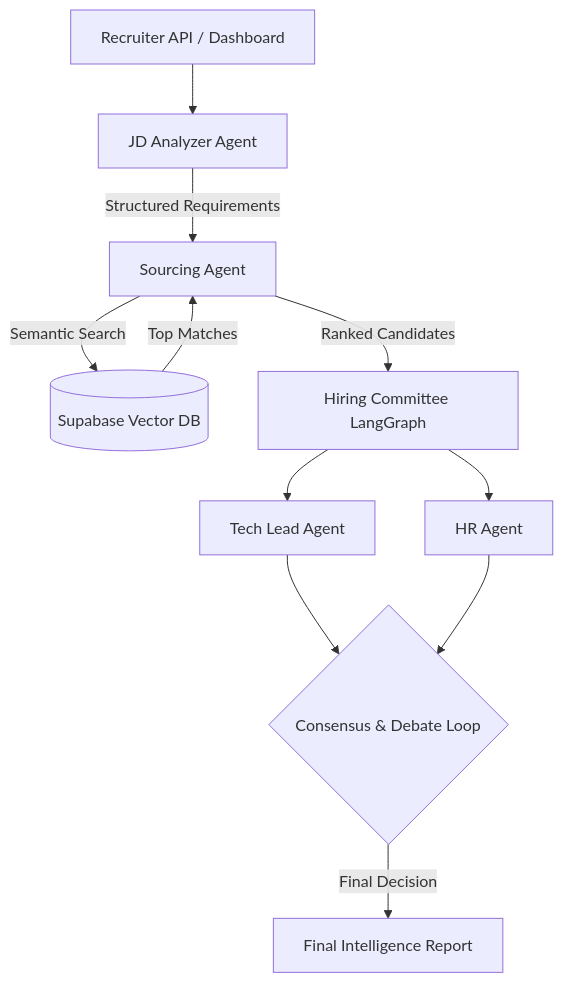
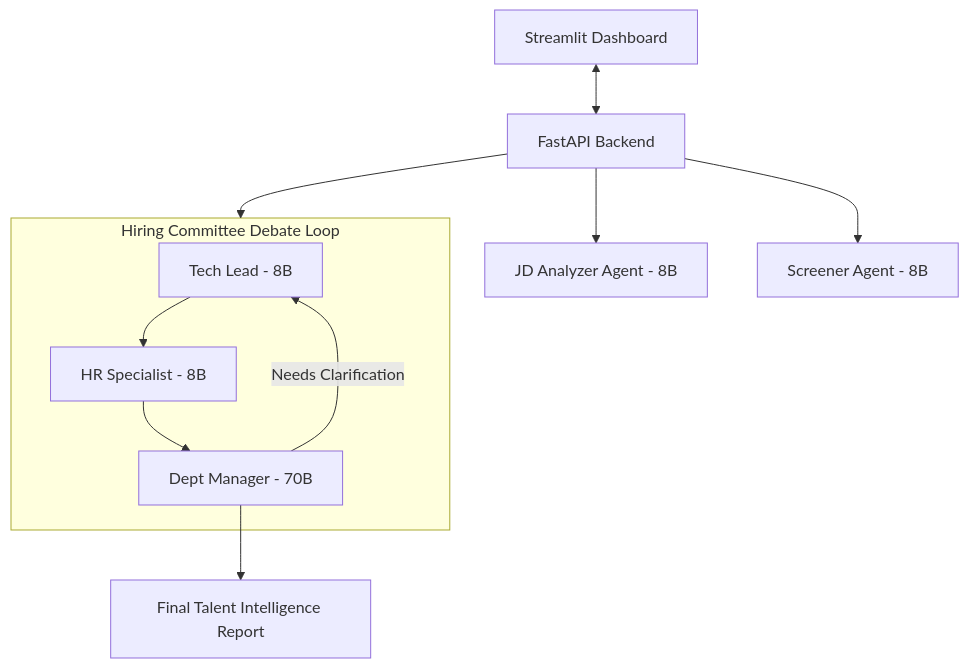
Before and after one commit to Mr-C-Tejesh/talentstream-ai: the diagram in README.md, drawn with Mermaid. The commit also changed other lines of this file and 9 other files, not shown here.

````diff
--- a/README.md
+++ b/README.md
@@ -49,13 +33,15 @@
 ```mermaid
 graph TD
-    A[Recruiter API / Dashboard] --> B[JD Analyzer Agent]
-    B -->|Structured Requirements| C[Sourcing Agent]
-    C -->|Semantic Search| D[(Supabase Vector DB)]
-    D -->|Top Matches| C
-    C -->|Ranked Candidates| E[Hiring Committee LangGraph]
-    E --> F[Tech Lead Agent]
-    E --> G[HR Agent]
-    F --> H{Consensus & Debate Loop}
-    G --> H
-    H -->|Final Decision| I[Final Intelligence Report]
+    UI[Streamlit Dashboard] <--> API[FastAPI Backend]
+    API --> JD[JD Analyzer Agent - 8B]
+    API --> SCR[Screener Agent - 8B]
+    API --> HG[Hiring Committee LangGraph]
+    
+    subgraph HG [Hiring Committee Debate Loop]
+        TL[Tech Lead - 8B] --> HR[HR Specialist - 8B]
+        HR --> DM[Dept Manager - 70B]
+        DM -- "Needs Clarification" --> TL
+    end
+    
+    DM --> REP[Final Talent Intelligence Report]
 ```
````
